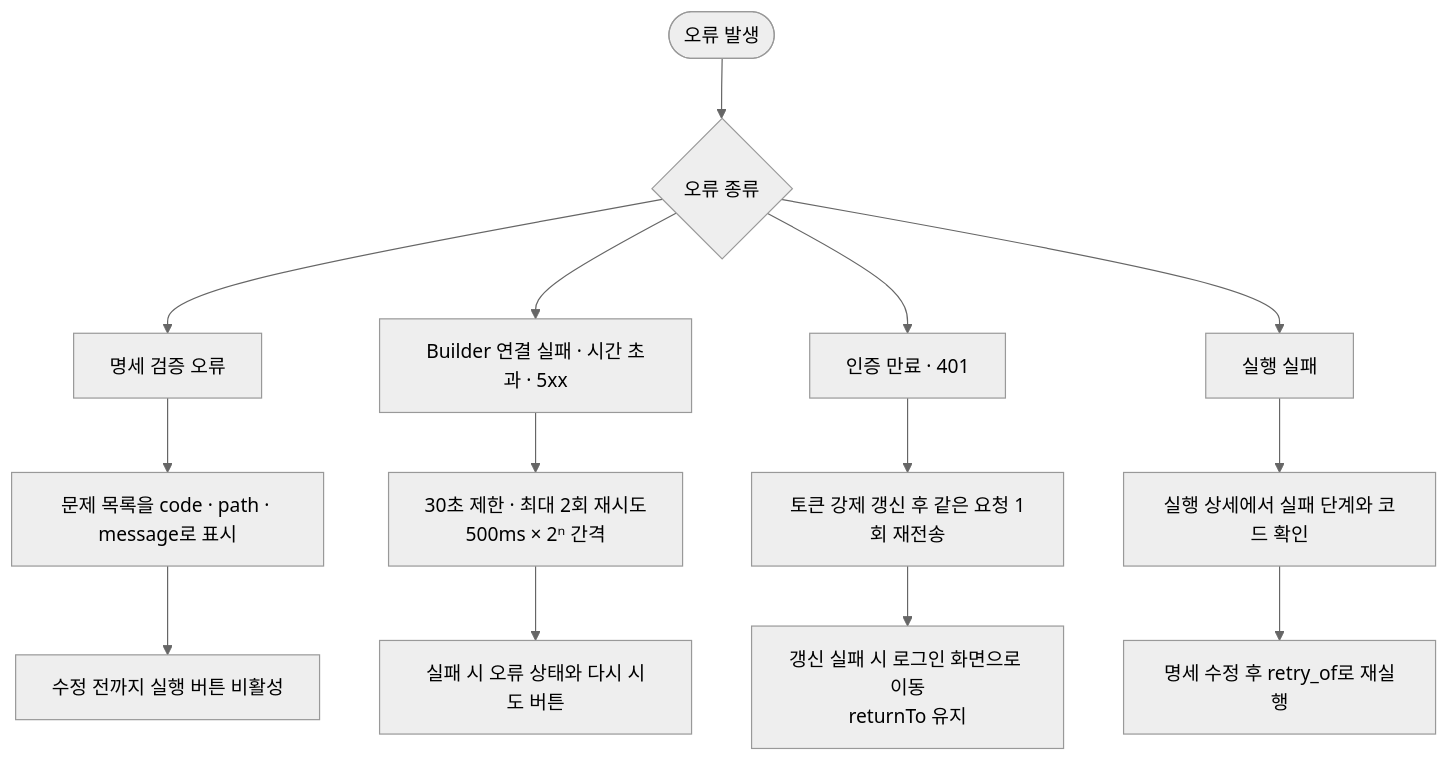
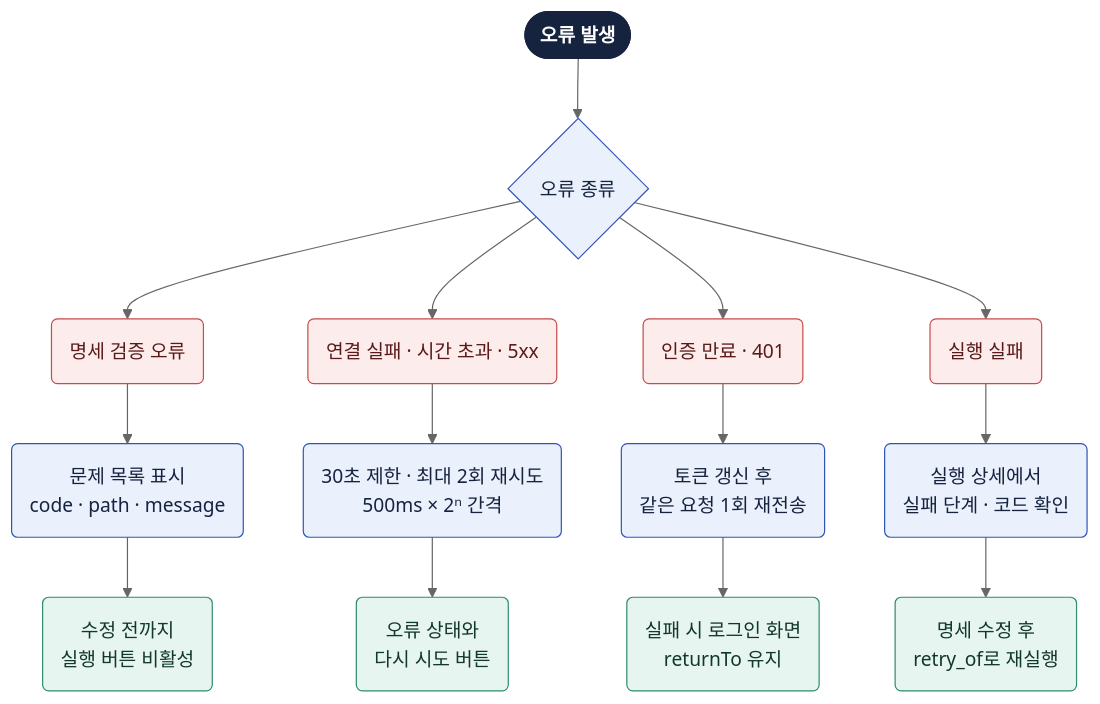
The diagram in hanium-dreamup/figures/flow-error.mmd (kpubdata-lab/kpubdata-reports), drawn with Mermaid (neutral theme) before and after one commit. The commit also changed 30 other files, not shown here.

First line of the commit message:
docs(hanium-dreamup): redraw the diagrams in a colour-coded style

```diff
--- a/hanium-dreamup/figures/flow-error.mmd
+++ b/hanium-dreamup/figures/flow-error.mmd
@@ -1,14 +1,25 @@
 flowchart TB
-    E([오류 발생]) --> T{오류 종류}
-    T --> V[명세 검증 오류]
-    T --> N[Builder 연결 실패 · 시간 초과 · 5xx]
-    T --> A[인증 만료 · 401]
-    T --> R[실행 실패]
-    V --> V1[문제 목록을 code · path · message로 표시]
-    V1 --> V2[수정 전까지 실행 버튼 비활성]
-    N --> N1[30초 제한 · 최대 2회 재시도<br/>500ms × 2ⁿ 간격]
-    N1 --> N2[실패 시 오류 상태와 다시 시도 버튼]
-    A --> A1[토큰 강제 갱신 후 같은 요청 1회 재전송]
-    A1 --> A2[갱신 실패 시 로그인 화면으로 이동<br/>returnTo 유지]
-    R --> R1[실행 상세에서 실패 단계와 코드 확인]
-    R1 --> R2[명세 수정 후 retry_of로 재실행]
+    E([오류 발생]):::user --> T{"오류 종류"}:::studio
+    T --> V("명세 검증 오류"):::bad
+    T --> N("연결 실패 · 시간 초과 · 5xx"):::bad
+    T --> A("인증 만료 · 401"):::bad
+    T --> R("실행 실패"):::bad
+    V --> V1("문제 목록 표시<br/>code · path · message"):::studio
+    V1 --> V2("수정 전까지<br/>실행 버튼 비활성"):::ok
+    N --> N1("30초 제한 · 최대 2회 재시도<br/>500ms × 2ⁿ 간격"):::studio
+    N1 --> N2("오류 상태와<br/>다시 시도 버튼"):::ok
+    A --> A1("토큰 갱신 후<br/>같은 요청 1회 재전송"):::studio
+    A1 --> A2("실패 시 로그인 화면<br/>returnTo 유지"):::ok
+    R --> R1("실행 상세에서<br/>실패 단계 · 코드 확인"):::studio
+    R1 --> R2("명세 수정 후<br/>retry_of로 재실행"):::ok
+    classDef user fill:#16233f,stroke:#16233f,color:#ffffff,font-weight:700
+    classDef studio fill:#eaf0fc,stroke:#2f55b5,color:#16233f
+    classDef builder fill:#e7f5f0,stroke:#2e8b6f,color:#12372c
+    classDef store fill:#fff4dc,stroke:#c98a1b,color:#4a3506
+    classDef ext fill:#f1f3f6,stroke:#8a94a6,color:#2c3442
+    classDef bronze fill:#f7e4d4,stroke:#b5713a,color:#4e2c10
+    classDef silver fill:#eceff3,stroke:#7d8794,color:#2c3442
+    classDef gold fill:#fdf1c4,stroke:#c49a17,color:#4a3a06
+    classDef bad fill:#fdecec,stroke:#c94a4a,color:#5a1a1a
+    classDef ok fill:#e7f5f0,stroke:#2e8b6f,color:#12372c
+    classDef head fill:#2f55b5,stroke:#2f55b5,color:#ffffff,font-weight:700
```
